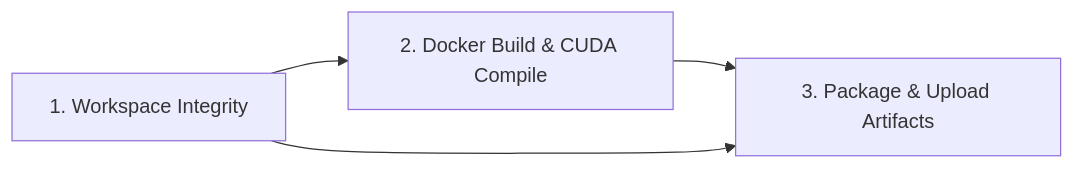
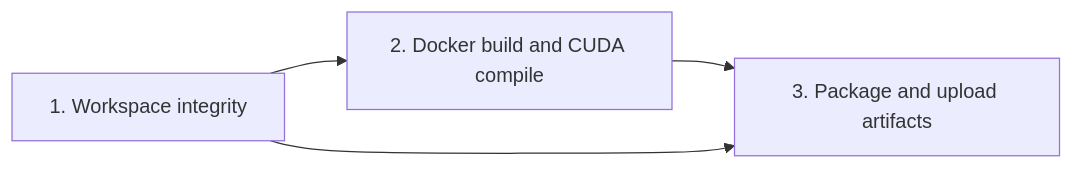
The diagram in README.md (AzDevops143/GPU-problem1), drawn with Mermaid before and after one commit. The commit also changed other lines of this file, not shown here.

````diff
--- a/README.md
+++ b/README.md
@@ -206,6 +372,6 @@
 ```mermaid
 graph LR
-    A["1. Workspace Integrity"] --> B["2. Docker Build & CUDA Compile"]
-    B --> C["3. Package & Upload Artifacts"]
+    A["1. Workspace integrity"] --> B["2. Docker build and CUDA compile"]
+    B --> C["3. Package and upload artifacts"]
     A --> C
 ```
````
